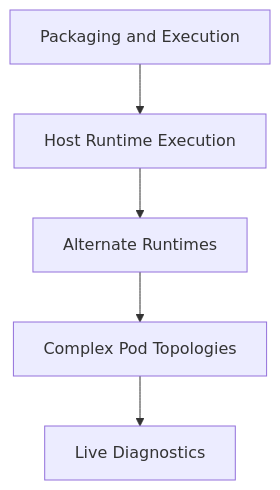
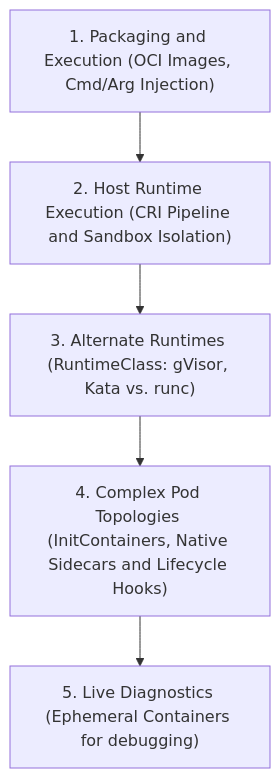
One commit to kmashour/BrainDump changed the first of 3 diagrams in Reference Notes/05_containers_runtimes_and_lifecycle.md. Above: the diagram before and after it, drawn with Mermaid. The commit also changed 15 other files, not shown here.

Commit message:
docs: restore detailed informative mermaid diagrams replacing ampersands with 'and'

````diff
--- a/Reference Notes/05_containers_runtimes_and_lifecycle.md
+++ b/Reference Notes/05_containers_runtimes_and_lifecycle.md
@@ -11,7 +11,7 @@
 ```mermaid
 graph TD
-    A["Packaging and Execution"] --> B["Host Runtime Execution"]
-    B --> C["Alternate Runtimes"]
-    C --> D["Complex Pod Topologies"]
-    D --> E["Live Diagnostics"]
+    A["1. Packaging and Execution (OCI Images, Cmd/Arg Injection)"] --> B["2. Host Runtime Execution (CRI Pipeline and Sandbox Isolation)"]
+    B --> C["3. Alternate Runtimes (RuntimeClass: gVisor, Kata vs. runc)"]
+    C --> D["4. Complex Pod Topologies (InitContainers, Native Sidecars and Lifecycle Hooks)"]
+    D --> E["5. Live Diagnostics (Ephemeral Containers for debugging)"]
 ```
````
